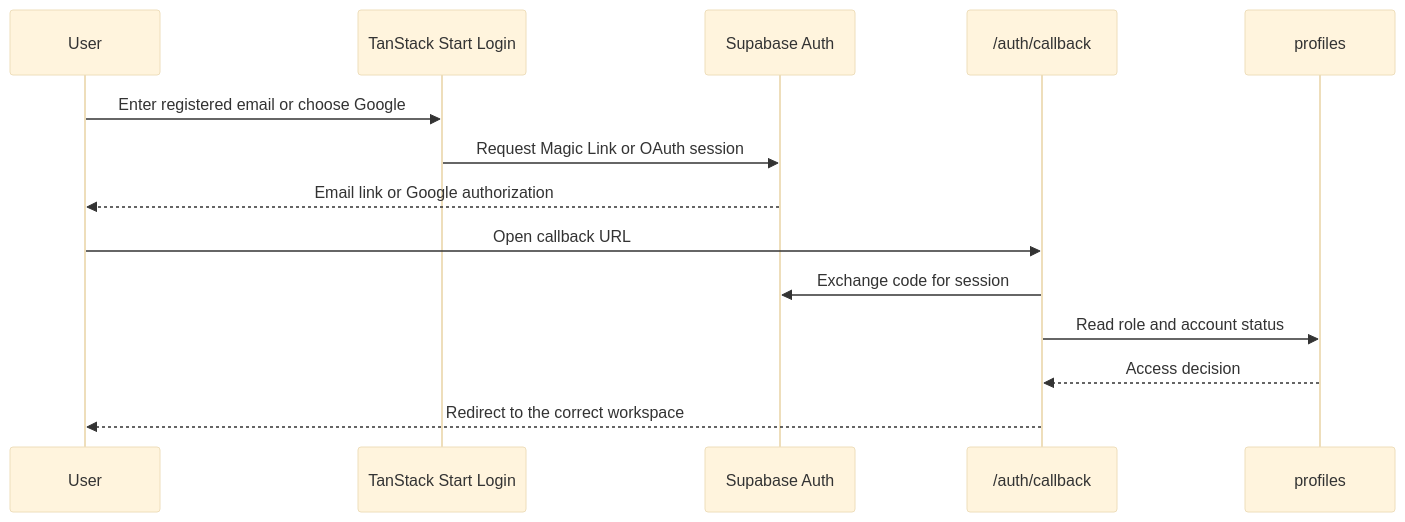
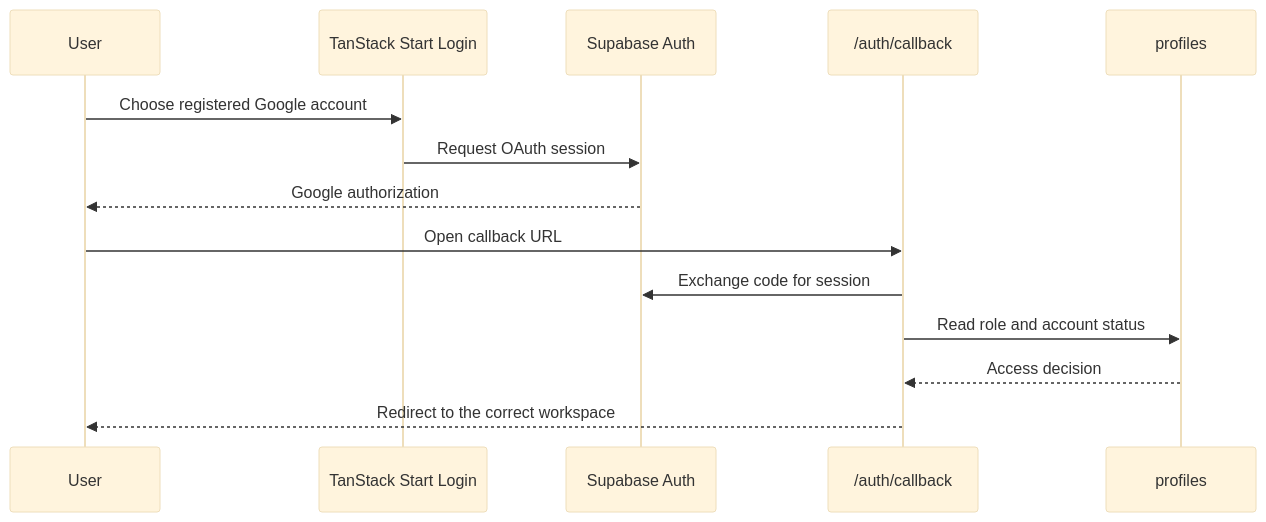
The third of 4 diagrams in README.md (BEM-FILKOM-UNIDA/absendulu), drawn with Mermaid (base theme) before and after one commit. The commit also changed other lines of this file and 1 other file, not shown here.

````diff
--- a/README.md
+++ b/README.md
@@ -184,17 +181,17 @@
 ```mermaid
 sequenceDiagram
     participant User
     participant Web as TanStack Start Login
     participant Auth as Supabase Auth
     participant Callback as /auth/callback
     participant Profile as profiles
 
-    User->>Web: Enter registered email or choose Google
-    Web->>Auth: Request Magic Link or OAuth session
-    Auth-->>User: Email link or Google authorization
+    User->>Web: Choose registered Google account
+    Web->>Auth: Request OAuth session
+    Auth-->>User: Google authorization
     User->>Callback: Open callback URL
     Callback->>Auth: Exchange code for session
     Callback->>Profile: Read role and account status
     Profile-->>Callback: Access decision
     Callback-->>User: Redirect to the correct workspace
 ```
````
